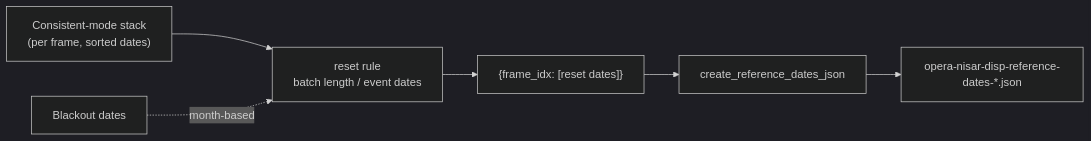
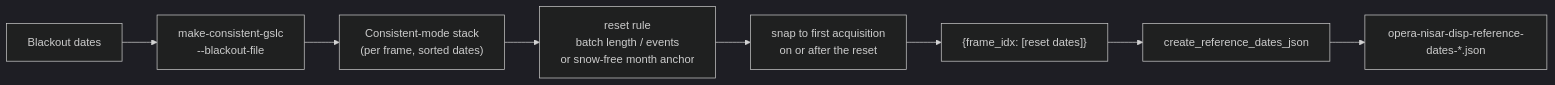
The diagram in docs/background/reference-dates.md (opera-adt/nisar_db), drawn with Mermaid (dark theme) before and after one commit. The commit also changed other lines of this file and 4 other files, not shown here.

First line of the commit message:
fix(reference-dates): derive reset epochs from the consistent stack (#23)

````diff
--- a/docs/background/reference-dates.md
+++ b/docs/background/reference-dates.md
@@ -85,8 +129,10 @@
 ```mermaid
 flowchart LR
-    A["Consistent-mode stack<br/>(per frame, sorted dates)"] --> B["reset rule<br/>batch length / event dates"]
-    F["Blackout dates"] -.->|month-based| B
-    B --> C["{frame_idx: [reset dates]}"]
+    F["Blackout dates"] --> H["make-consistent-gslc<br/>--blackout-file"]
+    H --> A["Consistent-mode stack<br/>(per frame, sorted dates)"]
+    A --> B["reset rule<br/>batch length / events<br/>or snow-free month anchor"]
+    B --> G["snap to first acquisition<br/>on or after the reset"]
+    G --> C["{frame_idx: [reset dates]}"]
     C --> D["create_reference_dates_json"]
     D --> E["opera-nisar-disp-reference-dates-*.json"]
 ```
````
